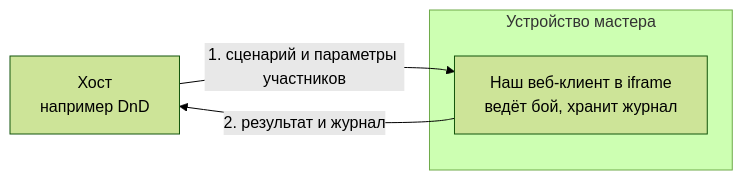
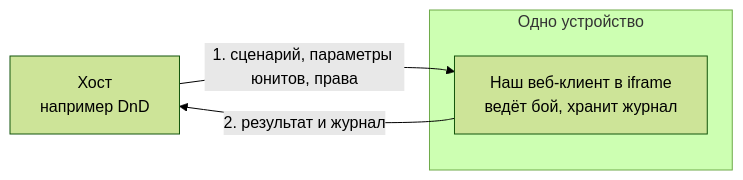
Before and after one commit to LinKav20/Heroes2dBattleGame: the first of 2 diagrams in docs/architecture/README.md, drawn with Mermaid (forest theme). The commit also changed other lines of this file and 53 other files, not shown here.

````diff
--- a/docs/architecture/README.md
+++ b/docs/architecture/README.md
@@ -22,9 +24,9 @@
 ```mermaid
 flowchart LR
   HOST["Хост<br/>например DnD"]
-  subgraph PC["Устройство мастера"]
+  subgraph PC["Одно устройство"]
     WEB["Наш веб-клиент в iframe<br/>ведёт бой, хранит журнал"]
   end
-  HOST -- "1. сценарий и параметры участников" --> WEB
+  HOST -- "1. сценарий, параметры юнитов, права" --> WEB
   WEB -- "2. результат и журнал" --> HOST
 ```
````
